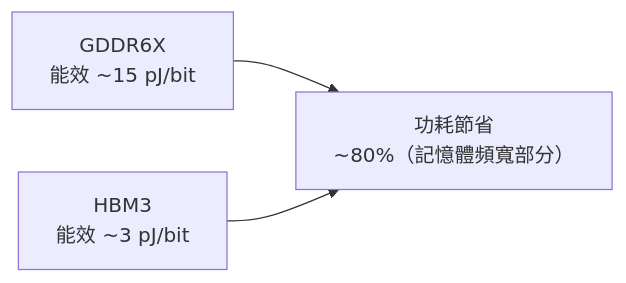
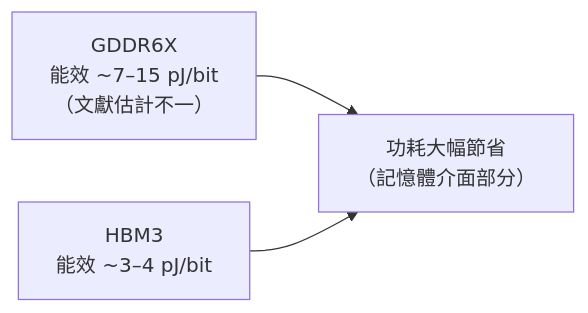
The third of 3 diagrams in docs/cowos/08-cowos-ai-hpc.md (wizardhsiehcom/book), drawn with Mermaid before and after one commit. The commit also changed other lines of this file and 13 other files, not shown here.

````diff
--- a/docs/cowos/08-cowos-ai-hpc.md
+++ b/docs/cowos/08-cowos-ai-hpc.md
@@ -57,7 +59,7 @@
 ```mermaid
 graph LR
-    A["GDDR6X<br/>能效 ~15 pJ/bit"]
-    B["HBM3<br/>能效 ~3 pJ/bit"]
-    C["功耗節省<br/>~80%（記憶體頻寬部分）"]
+    A["GDDR6X<br/>能效 ~7–15 pJ/bit<br/>（文獻估計不一）"]
+    B["HBM3<br/>能效 ~3–4 pJ/bit"]
+    C["功耗大幅節省<br/>（記憶體介面部分）"]
     A & B --> C
 ```
````
